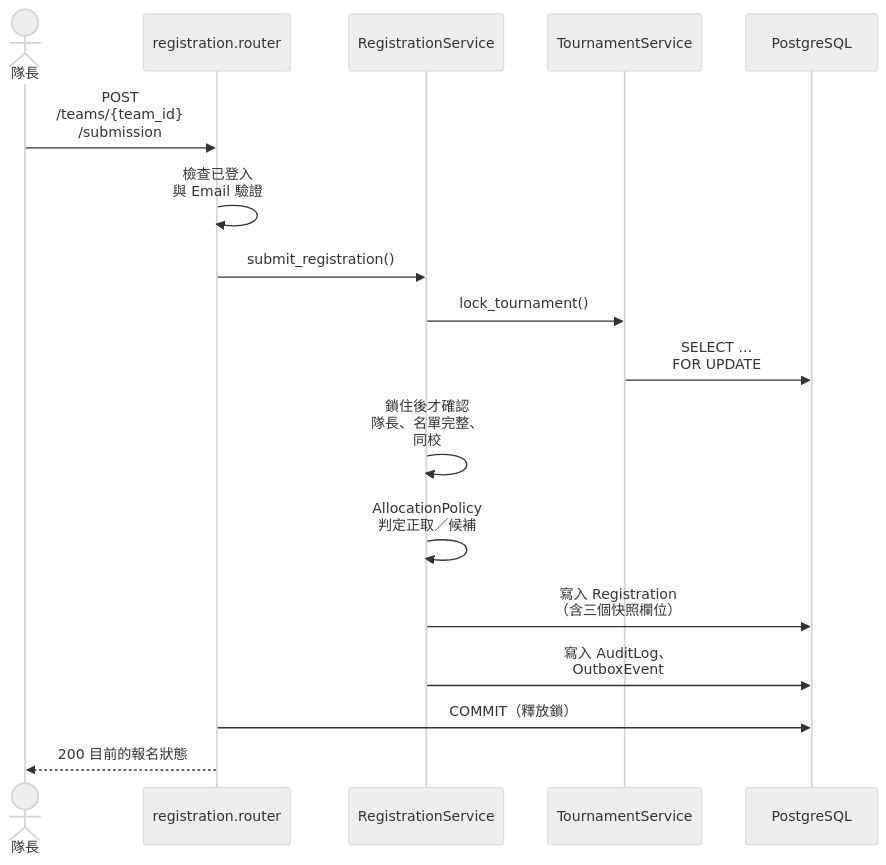
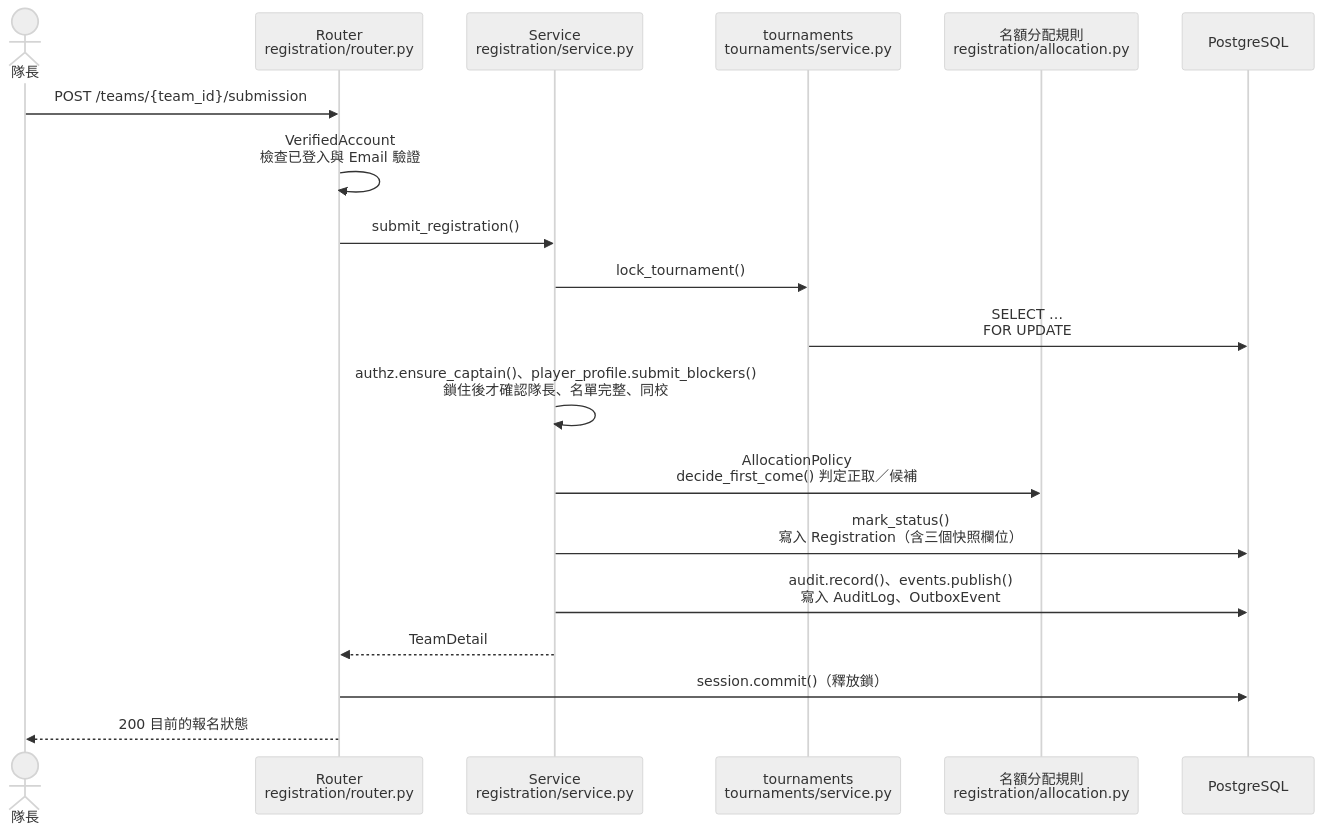
Before and after one commit to Team14good/esport-platform: the fourth of 6 diagrams in docs/midterm/C-軟體設計文件.md, drawn with Mermaid (neutral theme). The commit also changed other lines of this file and 27 other files, not shown here.

First line of the commit message:
docs: B、C、D 其餘的圖全部對照程式標註

````diff
--- a/docs/midterm/C-軟體設計文件.md
+++ b/docs/midterm/C-軟體設計文件.md
@@ -223,19 +224,21 @@
 ```mermaid
 sequenceDiagram
   actor Cap as 隊長
-  participant R as registration.router
-  participant S as RegistrationService
-  participant T as TournamentService
+  participant R as Router<br/>registration/router.py
+  participant S as Service<br/>registration/service.py
+  participant T as tournaments<br/>tournaments/service.py
+  participant AP as 名額分配規則<br/>registration/allocation.py
   participant DB as PostgreSQL
-  Cap->>R: POST<br/>/teams/{team_id}<br/>/submission
-  R->>R: 檢查已登入<br/>與 Email 驗證
+  Cap->>R: POST /teams/{team_id}/submission
+  R->>R: VerifiedAccount<br/>檢查已登入與 Email 驗證
   R->>S: submit_registration()
   S->>T: lock_tournament()
   T->>DB: SELECT …<br/>FOR UPDATE
-  S->>S: 鎖住後才確認<br/>隊長、名單完整、<br/>同校
-  S->>S: AllocationPolicy<br/>判定正取／候補
-  S->>DB: 寫入 Registration<br/>（含三個快照欄位）
-  S->>DB: 寫入 AuditLog、<br/>OutboxEvent
-  R->>DB: COMMIT（釋放鎖）
+  S->>S: authz.ensure_captain()、player_profile.submit_blockers()<br/>鎖住後才確認隊長、名單完整、同校
+  S->>AP: AllocationPolicy<br/>decide_first_come() 判定正取／候補
+  S->>DB: mark_status()<br/>寫入 Registration（含三個快照欄位）
+  S->>DB: audit.record()、events.publish()<br/>寫入 AuditLog、OutboxEvent
+  S-->>R: TeamDetail
+  R->>DB: session.commit()（釋放鎖）
   R-->>Cap: 200 目前的報名狀態
 ```
````
